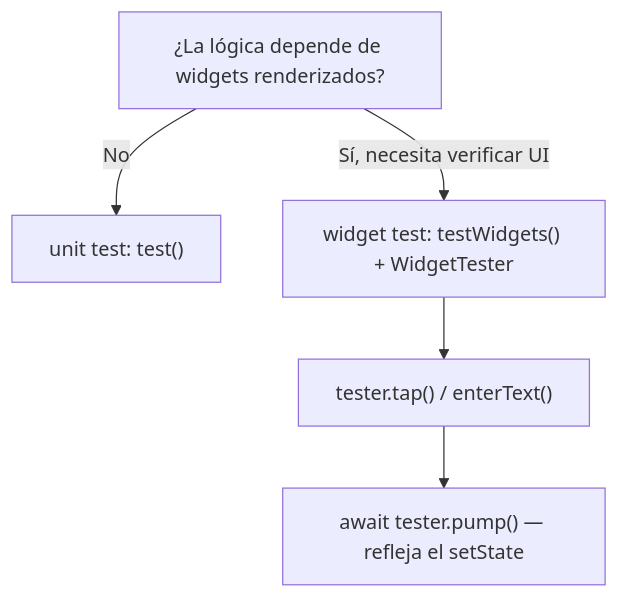
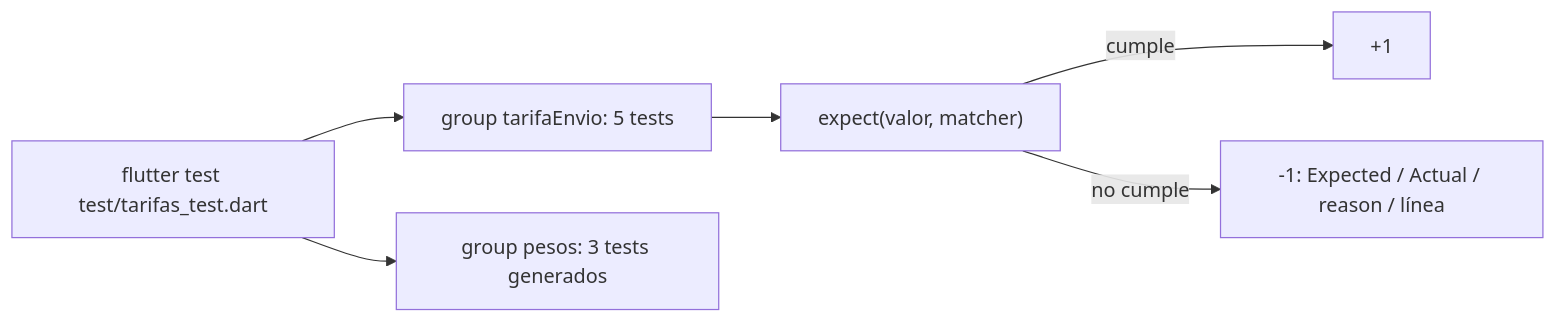
Before and after one commit to NICORUIZ93/The_Imperial_Book: the first of 5 diagrams in web/public/content/flutter/modulo-9.md, drawn with Mermaid. The commit also changed other lines of this file and 4 other files, not shown here.

````diff
--- a/web/public/content/flutter/modulo-9.md
+++ b/web/public/content/flutter/modulo-9.md
@@ -16,7 +291,8 @@
 ```mermaid
-flowchart TD
-    A["¿La lógica depende de widgets renderizados?"] -->|No| B["unit test: test()"]
-    A -->|Sí, necesita verificar UI| C["widget test: testWidgets() + WidgetTester"]
-    C --> D["tester.tap() / enterText()"]
-    D --> E["await tester.pump() — refleja el setState"]
+flowchart LR
+    T["flutter test test/tarifas_test.dart"] --> G1["group tarifaEnvio: 5 tests"]
+    T --> G2["group pesos: 3 tests generados"]
+    G1 --> E["expect(valor, matcher)"]
+    E -->|cumple| OK["+1"]
+    E -->|no cumple| F["-1: Expected / Actual / reason / línea"]
 ```
````
